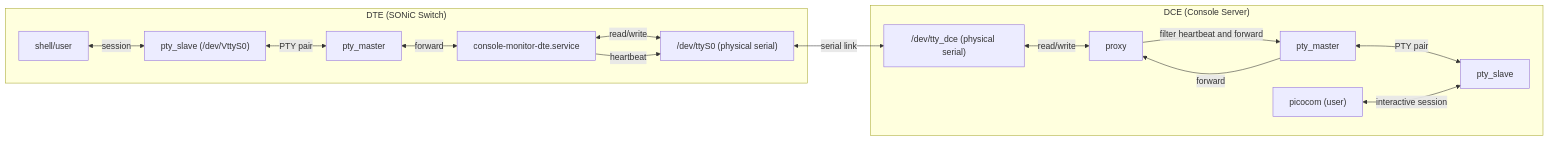
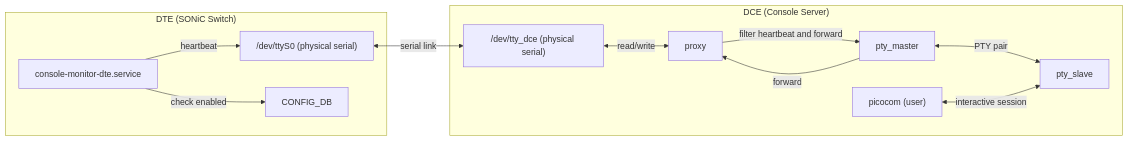
One commit to wiperi/consoled changed the first of 4 diagrams in docs/Console-Monitor-HLD-CN.md. Above: the diagram before and after it, drawn with Mermaid. The commit also changed other lines of this file and 1 other file, not shown here.

Commit message:
chore: dte side now only send heartbeat when config is enalbed

````diff
--- a/docs/Console-Monitor-HLD-CN.md
+++ b/docs/Console-Monitor-HLD-CN.md
@@ -73,35 +73,30 @@
 ```mermaid
 flowchart LR
   subgraph DCE["DCE (Console Server)"]
     proxy_dce["proxy"]
     picocom["picocom (user)"]
     pty_master_dce["pty_master"]
     pty_slave_dce["pty_slave"]
     TTY_DCE["/dev/tty_dce (physical serial)"]
   end
 
   subgraph DTE["DTE (SONiC Switch)"]
-    shell["shell/user"]
-    pty_slave_dte["pty_slave (/dev/VttyS0)"]
-    pty_master_dte["pty_master"]
-    proxy_dte["console-monitor-dte.service"]
+    dte_service["console-monitor-dte.service"]
     TTY_DTE["/dev/ttyS0 (physical serial)"]
+    config_db["CONFIG_DB"]
   end
 
-  %% DTE side: proxy owns serial, creates PTY, sends heartbeat
-  shell <-- session --> pty_slave_dte
-  pty_slave_dte <-- PTY pair --> pty_master_dte
-  pty_master_dte <-- forward --> proxy_dte
-  proxy_dte <-- read/write --> TTY_DTE
-  proxy_dte -- heartbeat --> TTY_DTE
+  %% DTE side: service sends heartbeat directly to serial
+  dte_service -- check enabled --> config_db
+  dte_service -- heartbeat --> TTY_DTE
 
   %% physical link
   TTY_DTE <-- serial link --> TTY_DCE
 
   %% DCE side: proxy owns serial, filters RX, bridges to PTY for user tools
   TTY_DCE <-- read/write --> proxy_dce
   proxy_dce -- filter heartbeat and forward --> pty_master_dce
   pty_master_dce -- forward --> proxy_dce
   pty_master_dce <-- PTY pair --> pty_slave_dce
   picocom <-- interactive session --> pty_slave_dce
 ```
````
